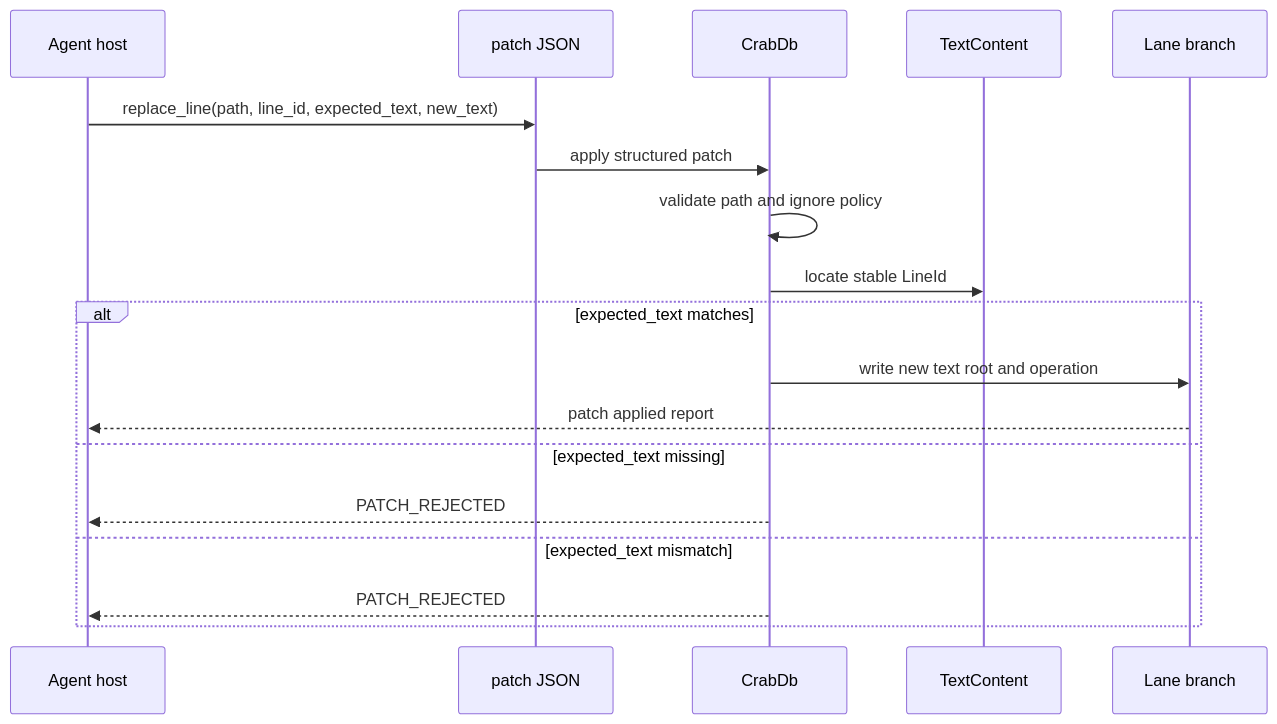
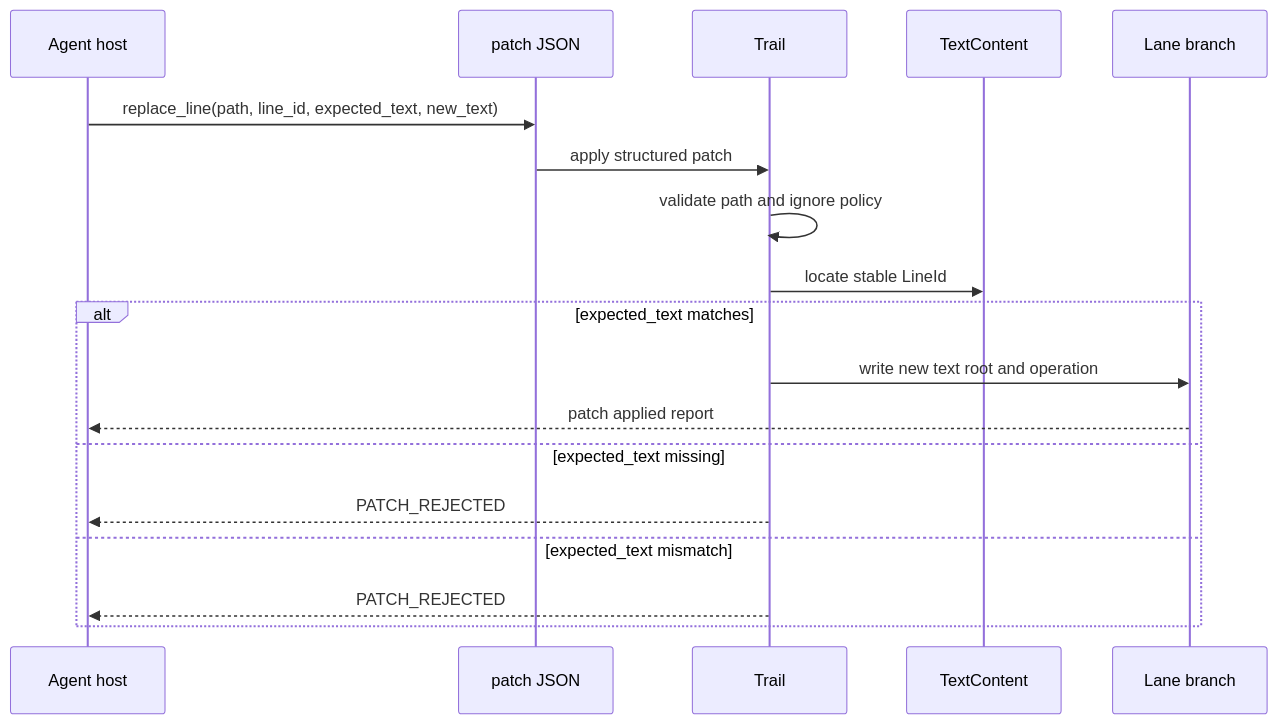
One commit to crabbuild/trail changed the third of 3 diagrams in docs/design/text-and-line-identity.md. Above: the diagram before and after it, drawn with Mermaid. The commit also changed other lines of this file and 650 other files, not shown here.

Commit message:
chore: rename CrabDB to Trail

````diff
--- a/docs/design/text-and-line-identity.md
+++ b/docs/design/text-and-line-identity.md
@@ -129,21 +129,21 @@
 ```mermaid
 sequenceDiagram
     participant Host as Agent host
     participant Patch as patch JSON
-    participant DB as CrabDb
+    participant DB as Trail
     participant Text as TextContent
     participant Branch as Lane branch
 
     Host->>Patch: replace_line(path, line_id, expected_text, new_text)
     Patch->>DB: apply structured patch
     DB->>DB: validate path and ignore policy
     DB->>Text: locate stable LineId
     alt expected_text matches
         DB->>Branch: write new text root and operation
         Branch-->>Host: patch applied report
     else expected_text missing
         DB-->>Host: PATCH_REJECTED
     else expected_text mismatch
         DB-->>Host: PATCH_REJECTED
     end
 ```
````
